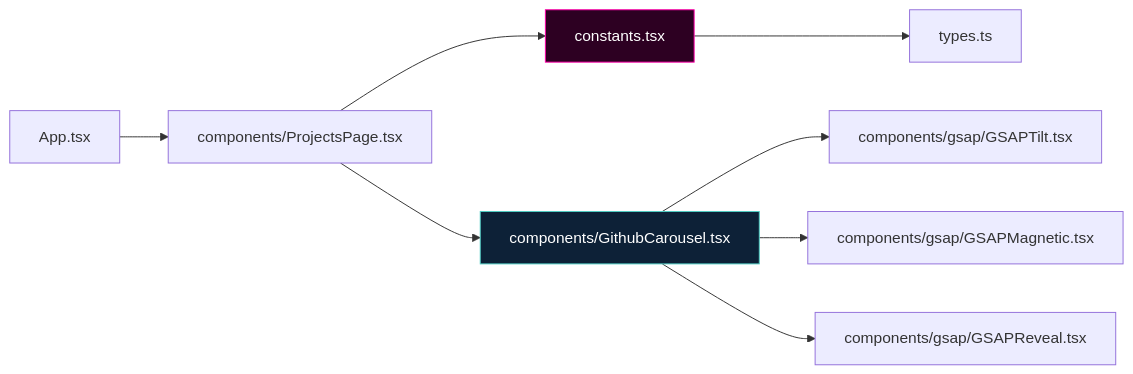
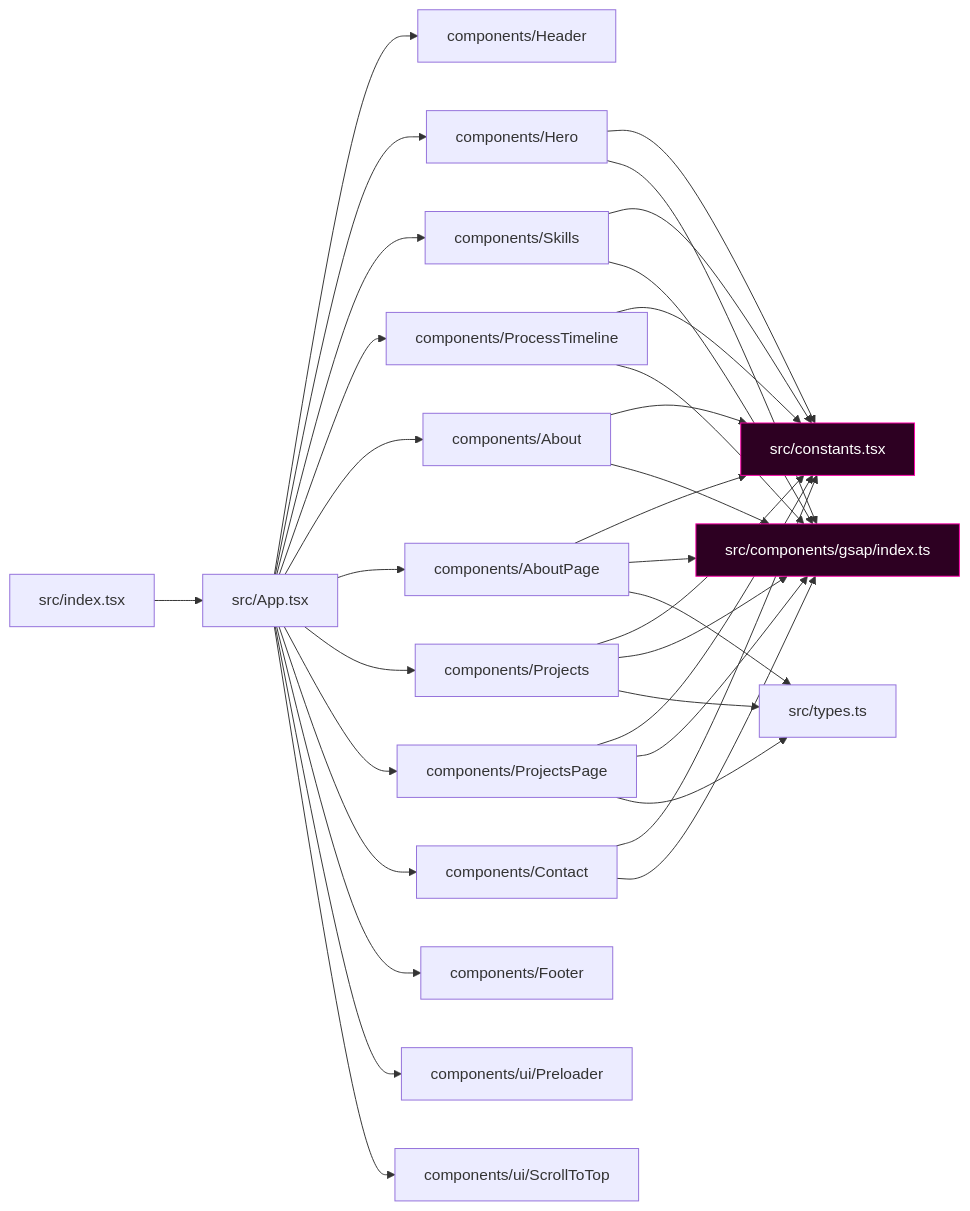
Before and after one commit to AhmedNasser-bug/Ahmed-Nasser-s: the diagram in docs/architecture/dependency-graph.md, drawn with Mermaid. The commit also changed other lines of this file and 35 other files, not shown here.

````diff
--- a/docs/architecture/dependency-graph.md
+++ b/docs/architecture/dependency-graph.md
@@ -7,24 +7,30 @@
 ```mermaid
 graph LR
   classDef hub fill:#2d0022,stroke:#ff00aa,color:#fff
-  classDef newComp fill:#0d2137,stroke:#4ecdc4,color:#fff
+  classDef orphan fill:#1a1a00,stroke:#aaaa00,color:#fff
+  classDef circular stroke:#ff0000,stroke-width:3px
 
-  App[App.tsx]
-  ProjectsPage[components/ProjectsPage.tsx]
-  GithubCarousel[components/GithubCarousel.tsx]:::newComp
-  
-  constants[constants.tsx]:::hub
-  types[types.ts]
-  
-  GSAPTilt[components/gsap/GSAPTilt.tsx]
-  GSAPMagnetic[components/gsap/GSAPMagnetic.tsx]
-  GSAPReveal[components/gsap/GSAPReveal.tsx]
-  
-  App --> ProjectsPage
-  ProjectsPage --> constants
-  ProjectsPage --> GithubCarousel
-  GithubCarousel --> GSAPTilt
-  GithubCarousel --> GSAPMagnetic
-  GithubCarousel --> GSAPReveal
-  constants --> types
+  INDEX[src/index.tsx]
+  APP[src/App.tsx]
+  CONSTANTS[src/constants.tsx]:::hub
+  TYPES[src/types.ts]
+  GSAP[src/components/gsap/index.ts]:::hub
+
+  INDEX --> APP
+  APP --> HEADER[components/Header]
+  APP --> HERO[components/Hero]
+  APP --> SKILLS[components/Skills]
+  APP --> TIMELINE[components/ProcessTimeline]
+  APP --> ABOUT_PREV[components/About]
+  APP --> ABOUT_PAGE[components/AboutPage]
+  APP --> PROJECTS[components/Projects]
+  APP --> PROJECTS_PAGE[components/ProjectsPage]
+  APP --> CONTACT[components/Contact]
+  APP --> FOOTER[components/Footer]
+  APP --> PRELOADER[components/ui/Preloader]
+  APP --> SCROLL_TOP[components/ui/ScrollToTop]
+
+  HERO & SKILLS & TIMELINE & ABOUT_PREV & ABOUT_PAGE & PROJECTS & PROJECTS_PAGE & CONTACT --> CONSTANTS
+  HERO & SKILLS & TIMELINE & ABOUT_PREV & ABOUT_PAGE & PROJECTS & PROJECTS_PAGE & CONTACT --> GSAP
+  PROJECTS & PROJECTS_PAGE & ABOUT_PAGE --> TYPES
 ```
````
